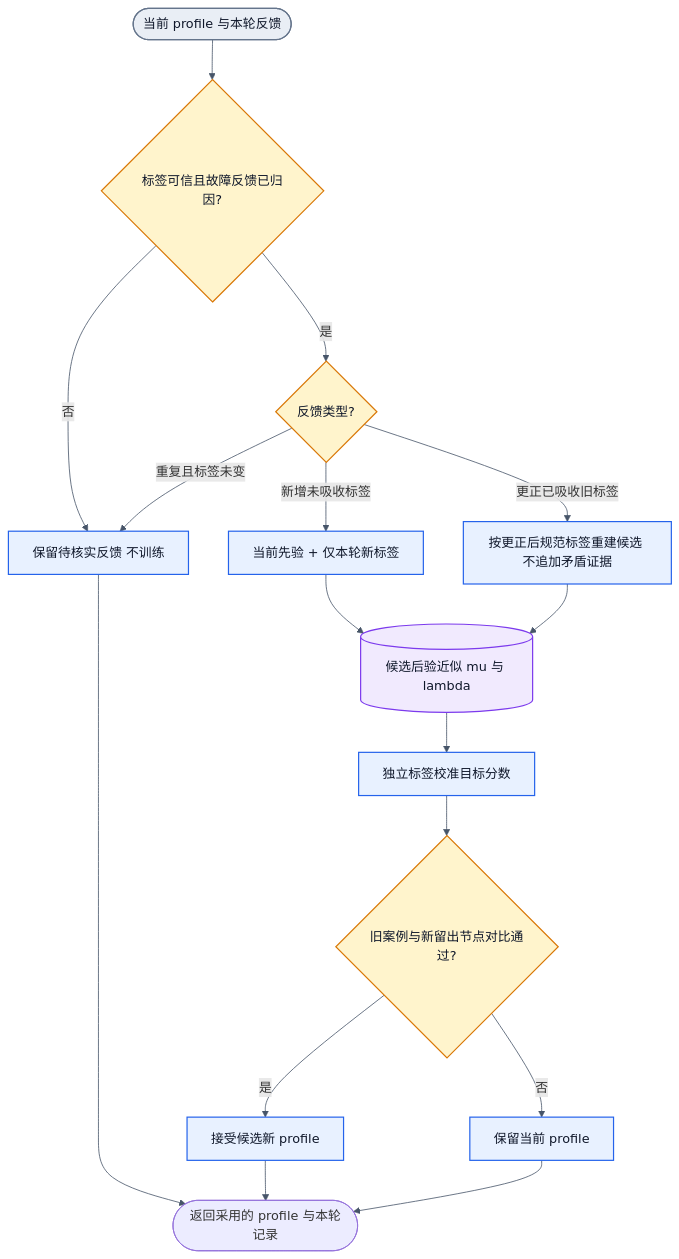
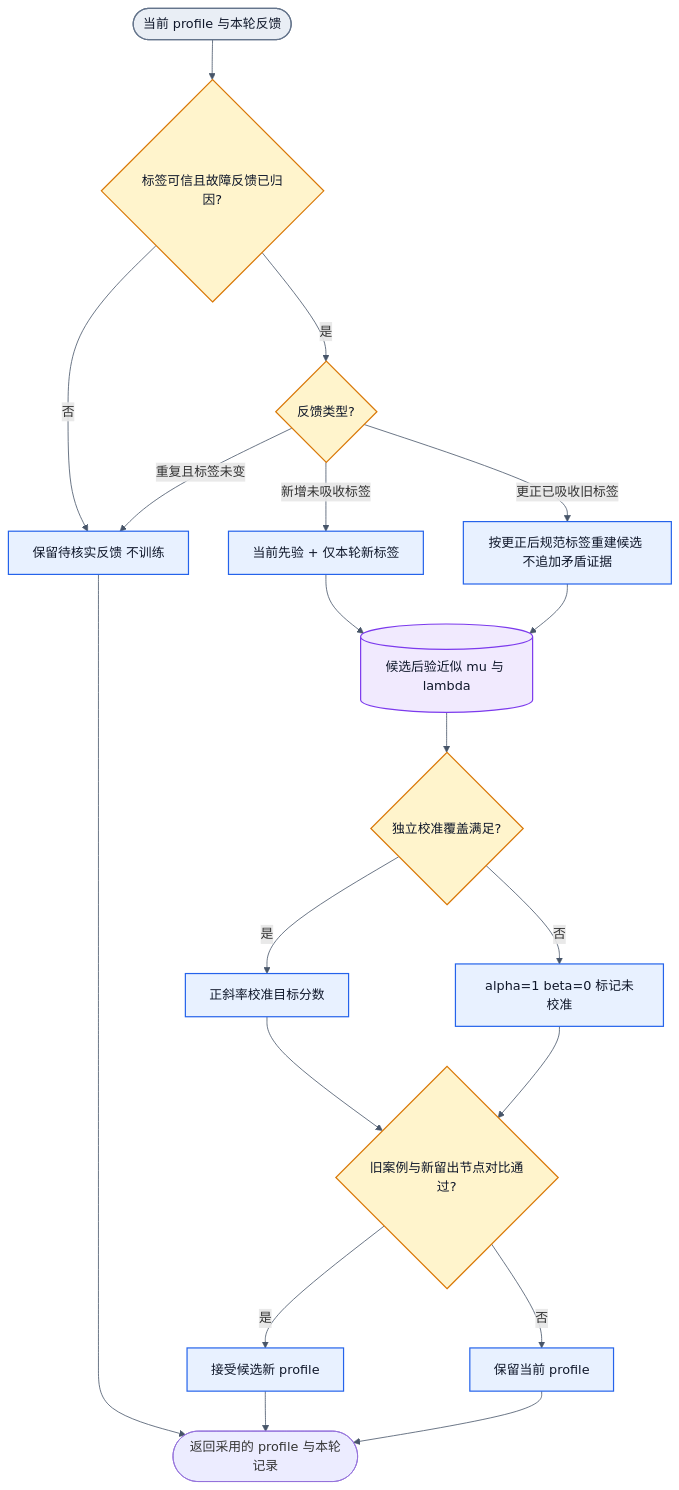
Before and after one commit to Jasonzhangf/NNAnything: the second of 2 diagrams in research/filter-wiring-audit.md, drawn with Mermaid. The commit also changed other lines of this file and 8 other files, not shown here.

````diff
--- a/research/filter-wiring-audit.md
+++ b/research/filter-wiring-audit.md
@@ -105,23 +111,26 @@
 ```mermaid
 flowchart TD
   S([当前 profile 与本轮反馈]):::boundary --> T{"标签可信且故障反馈已归因?"}:::decision
   T -->|否| K["保留待核实反馈 不训练"]:::action
   T -->|是| D{"反馈类型?"}:::decision
   D -->|重复且标签未变| K
   D -->|新增未吸收标签| N["当前先验 + 仅本轮新标签"]:::action
   D -->|更正已吸收旧标签| F["按更正后规范标签重建候选 不追加矛盾证据"]:::action
   N --> P[(候选后验近似 mu 与 lambda)]:::data
   F --> P
-  P --> C["独立标签校准目标分数"]:::action
+  P --> G{独立校准覆盖满足?}:::decision
+  G -->|是| C["正斜率校准目标分数"]:::action
+  G -->|否| U["alpha=1 beta=0 标记未校准"]:::action
   C --> V{"旧案例与新留出节点对比通过?"}:::decision
+  U --> V
   V -->|是| A["接受候选新 profile"]:::action
   V -->|否| O["保留当前 profile"]:::action
   K --> R([返回采用的 profile 与本轮记录])
   A --> R
   O --> R
   classDef boundary fill:#E9EEF5,stroke:#64748B,color:#0F172A,stroke-width:1.5px
   classDef data fill:#F1EAFE,stroke:#7C3AED,color:#0F172A,stroke-width:1.5px
   classDef action fill:#E8F1FF,stroke:#2563EB,color:#0F172A,stroke-width:1.5px
   classDef decision fill:#FFF4CC,stroke:#D97706,color:#0F172A,stroke-width:1.5px
   linkStyle default stroke:#475569
 ```
````
